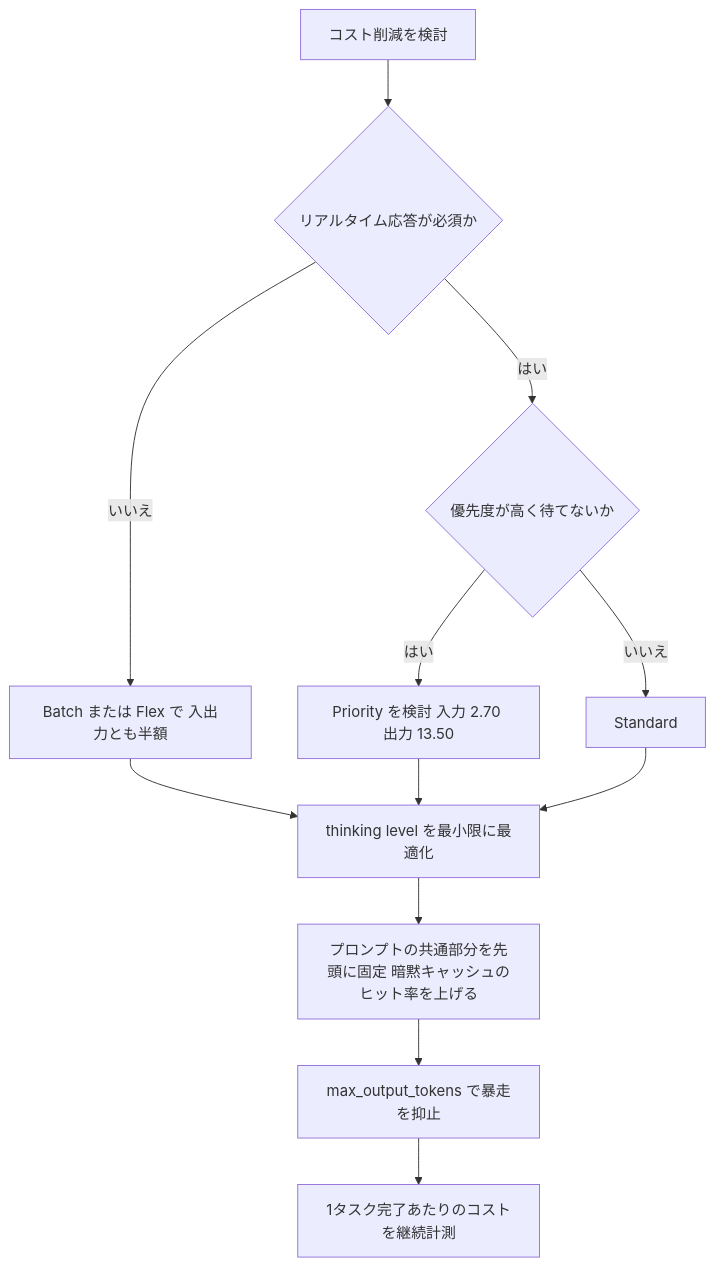
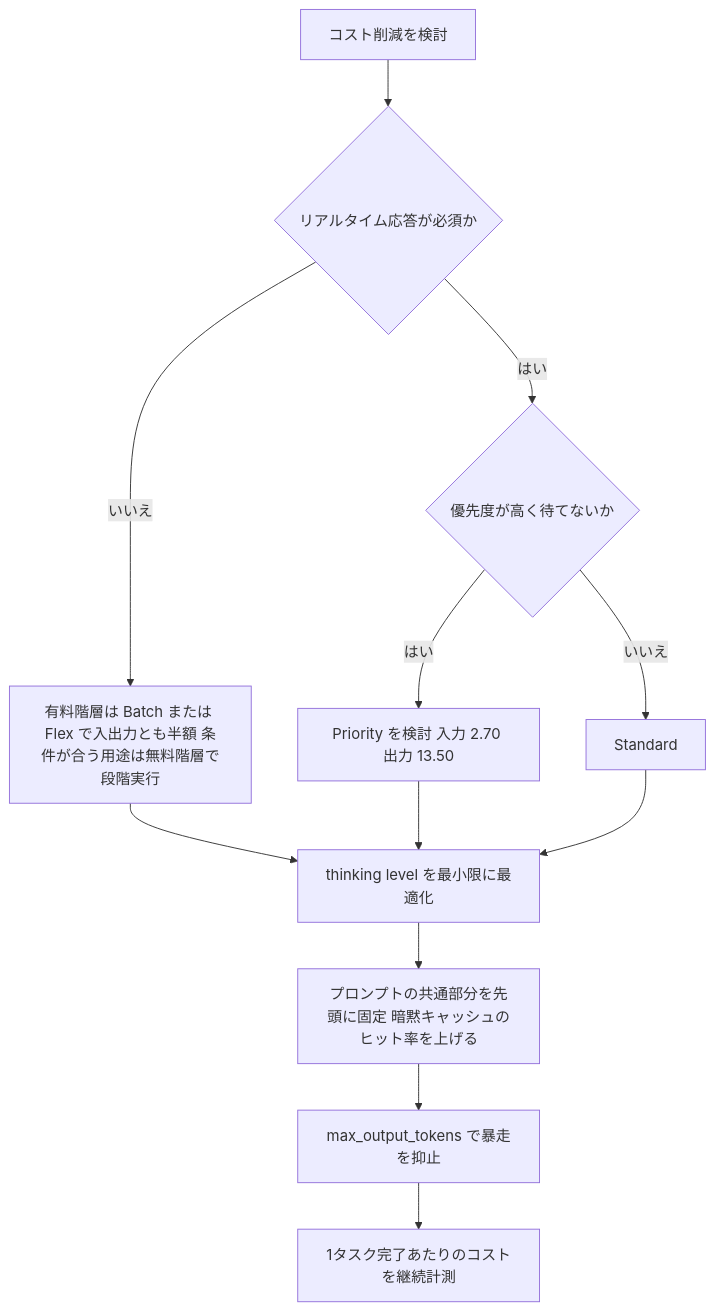
The ninth of 10 diagrams in Gemini-4-hydrogen-guide.md (myoshi2891/Comparison-of-LLMs), drawn with Mermaid before and after one commit. The commit also changed other lines of this file and 3 other files, not shown here.

````diff
--- a/Gemini-4-hydrogen-guide.md
+++ b/Gemini-4-hydrogen-guide.md
@@ -535,14 +536,14 @@
 ```mermaid
 flowchart TD
     A["コスト削減を検討"] --> B{"リアルタイム応答が必須か"}
-    B -- "いいえ" --> C["Batch または Flex で 入出力とも半額"]
+    B -- "いいえ" --> C["有料階層は Batch または Flex で入出力とも半額 条件が合う用途は無料階層で段階実行"]
     B -- "はい" --> D{"優先度が高く待てないか"}
     D -- "はい" --> E["Priority を検討 入力 2.70 出力 13.50"]
     D -- "いいえ" --> F["Standard"]
     C --> G["thinking level を最小限に最適化"]
     E --> G
     F --> G
     G --> H["プロンプトの共通部分を先頭に固定 暗黙キャッシュのヒット率を上げる"]
     H --> I["max_output_tokens で暴走を抑止"]
     I --> J["1タスク完了あたりのコストを継続計測"]
 ```
````
